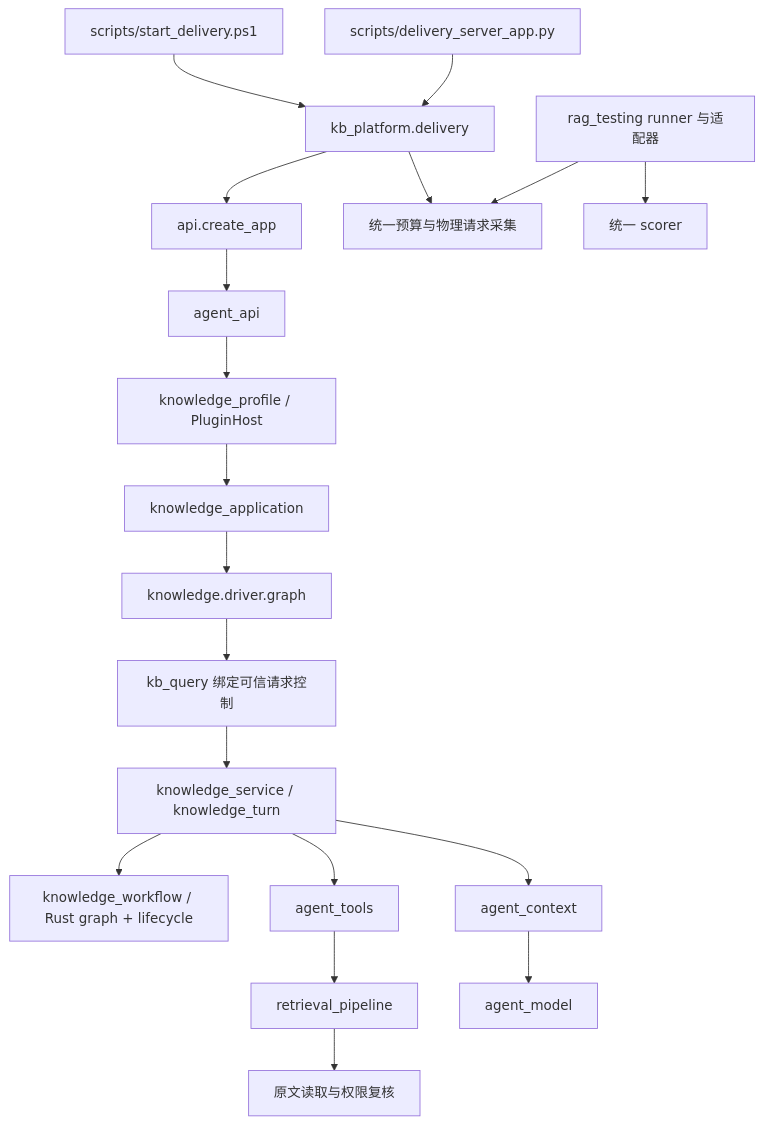
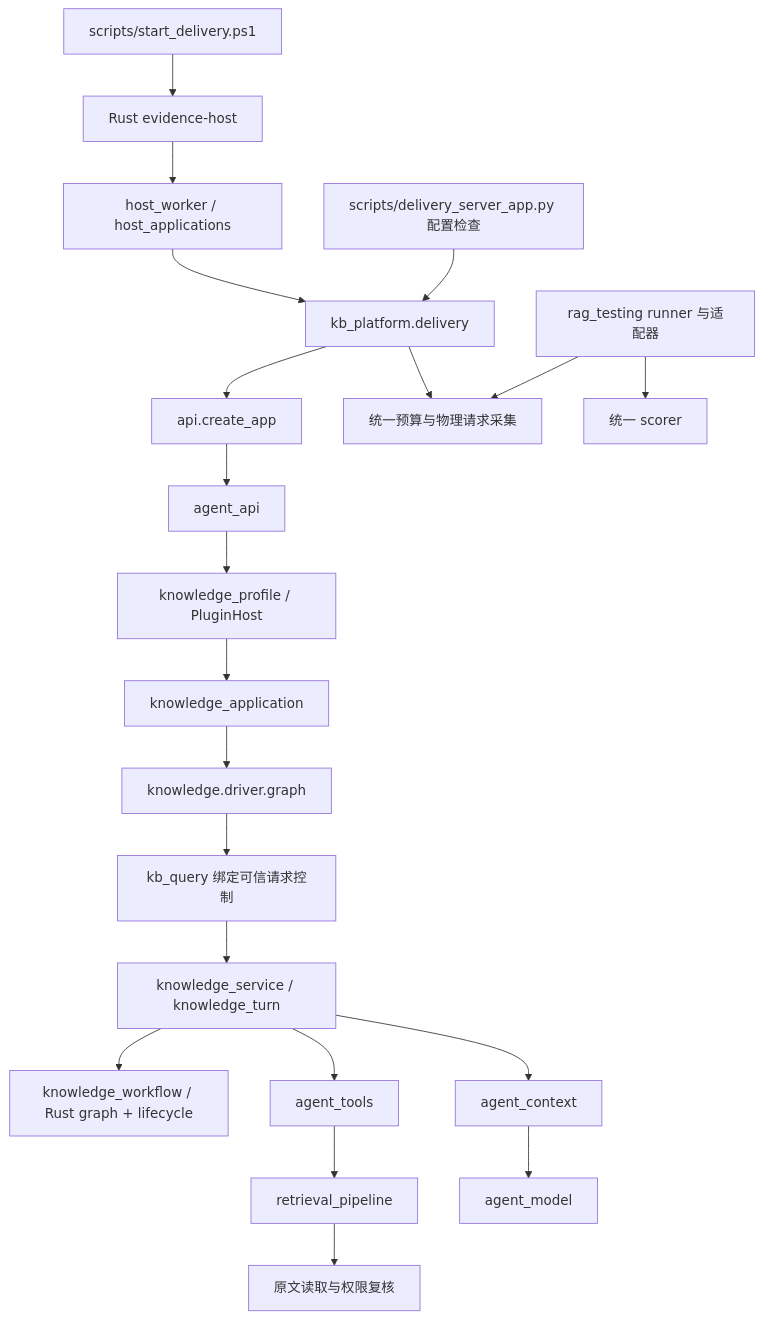
One commit to Hubujiu/evidence-kb changed the diagram in docs/architecture.md. Above: the diagram before and after it, drawn with Mermaid. The commit also changed other lines of this file and 50 other files, not shown here.

First line of the commit message:
feat(host): own plugin lifecycles in the Rust main process (#22)

````diff
--- a/docs/architecture.md
+++ b/docs/architecture.md
@@ -13,21 +15,23 @@
 ```mermaid
 flowchart TD
-    Launcher[scripts/start_delivery.ps1] --> Delivery[kb_platform.delivery]
-    CLI[scripts/delivery_server_app.py] --> Delivery
+    Launcher[scripts/start_delivery.ps1] --> Host[Rust evidence-host]
+    Host --> Worker[host_worker / host_applications]
+    Worker --> Delivery[kb_platform.delivery]
+    CLI[scripts/delivery_server_app.py 配置检查] --> Delivery
     Delivery --> API[api.create_app]
     API --> Routes[agent_api]
     Routes --> Profile[knowledge_profile / PluginHost]
     Profile --> Application[knowledge_application]
     Application --> Driver[knowledge.driver.graph]
     Driver --> Query[kb_query 绑定可信请求控制]
     Query --> Agent[knowledge_service / knowledge_turn]
     Agent --> Graph[knowledge_workflow / Rust graph + lifecycle]
     Agent --> Gateway[agent_tools]
     Gateway --> Pipeline[retrieval_pipeline]
     Pipeline --> Evidence[原文读取与权限复核]
     Agent --> Context[agent_context]
     Context --> Model[agent_model]
     Delivery --> Shared[统一预算与物理请求采集]
     Eval[rag_testing runner 与适配器] --> Shared
     Eval --> Scorer[统一 scorer]
 ```
````
